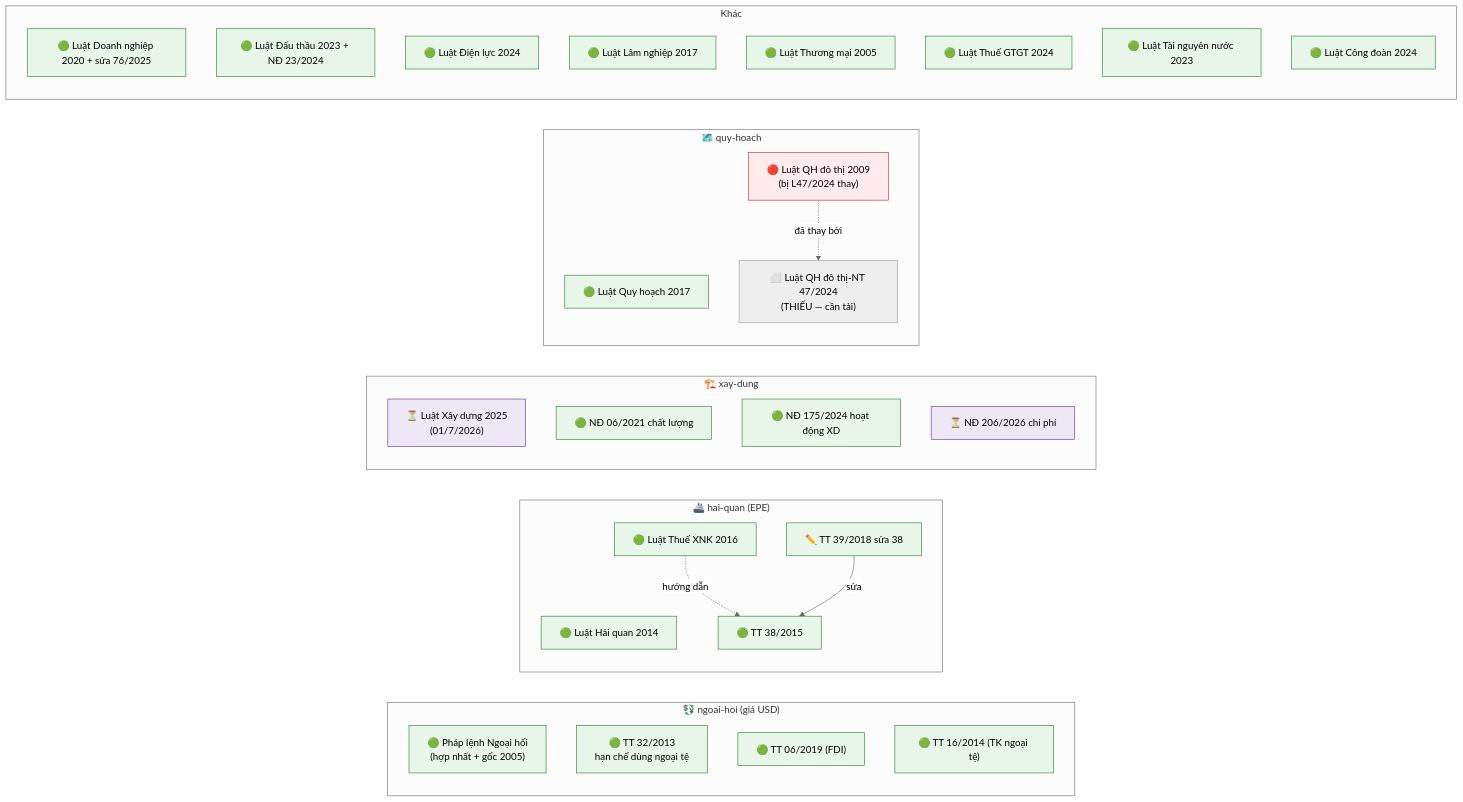
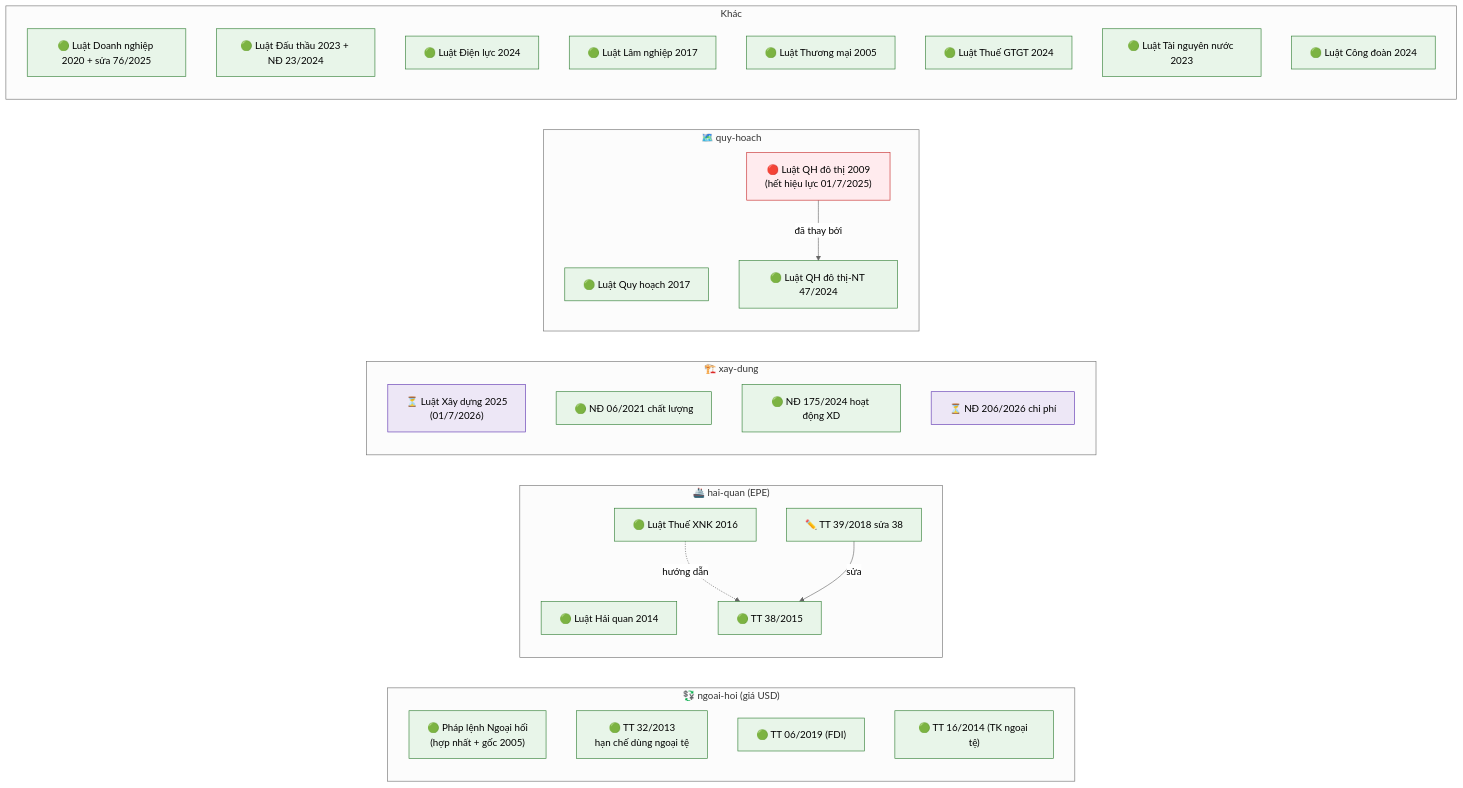
One commit to Tuon-Tun/kcn-review changed the second of 2 diagrams in laws/SO-DO-VAN-BAN.md. Above: the diagram before and after it, drawn with Mermaid (neutral theme). The commit also changed other lines of this file and 3 other files, not shown here.

````diff
--- a/laws/SO-DO-VAN-BAN.md
+++ b/laws/SO-DO-VAN-BAN.md
@@ -130,43 +130,43 @@
 ```mermaid
 flowchart LR
   classDef active fill:#e8f5e9,stroke:#2e7d32
   classDef future fill:#ede7f6,stroke:#5e35b1
   classDef expired fill:#ffebee,stroke:#c62828
 
   subgraph NGOAIHOI["💱 ngoai-hoi (giá USD)"]
     PL["🟢 Pháp lệnh Ngoại hối<br/>(hợp nhất + gốc 2005)"]:::active
     TT32["🟢 TT 32/2013<br/>hạn chế dùng ngoại tệ"]:::active
     TT06["🟢 TT 06/2019 (FDI)"]:::active
     TT16["🟢 TT 16/2014 (TK ngoại tệ)"]:::active
   end
   subgraph HAIQUAN["🚢 hai-quan (EPE)"]
     LHQ["🟢 Luật Hải quan 2014"]:::active
     LTXNK["🟢 Luật Thuế XNK 2016"]:::active
     TT38["🟢 TT 38/2015"]:::active
     TT39["✏️ TT 39/2018 sửa 38"]:::active
     LTXNK -.->|hướng dẫn| TT38
     TT39 -->|sửa| TT38
   end
   subgraph XAYDUNG["🏗️ xay-dung"]
     LXD["⏳ Luật Xây dựng 2025<br/>(01/7/2026)"]:::future
     ND06["🟢 NĐ 06/2021 chất lượng"]:::active
     ND175["🟢 NĐ 175/2024 hoạt động XD"]:::active
     ND206["⏳ NĐ 206/2026 chi phí"]:::future
   end
   subgraph QUYHOACH["🗺️ quy-hoach"]
     LQH["🟢 Luật Quy hoạch 2017"]:::active
-    LQHDT["🔴 Luật QH đô thị 2009<br/>(bị L47/2024 thay)"]:::expired
-    L47["⬜ Luật QH đô thị-NT 47/2024<br/>(THIẾU — cần tải)"]
-    LQHDT -.->|đã thay bởi| L47
+    LQHDT["🔴 Luật QH đô thị 2009<br/>(hết hiệu lực 01/7/2025)"]:::expired
+    L47["🟢 Luật QH đô thị-NT 47/2024"]:::active
+    LQHDT -->|đã thay bởi| L47
   end
   subgraph KHAC["Khác"]
     LDN["🟢 Luật Doanh nghiệp 2020 + sửa 76/2025"]:::active
     LDTHAU["🟢 Luật Đấu thầu 2023 + NĐ 23/2024"]:::active
     LDL["🟢 Luật Điện lực 2024"]:::active
     LLN["🟢 Luật Lâm nghiệp 2017"]:::active
     LTM["🟢 Luật Thương mại 2005"]:::active
     LGTGT["🟢 Luật Thuế GTGT 2024"]:::active
     LTNN["🟢 Luật Tài nguyên nước 2023"]:::active
     LCD["🟢 Luật Công đoàn 2024"]:::active
   end
 ```
````
